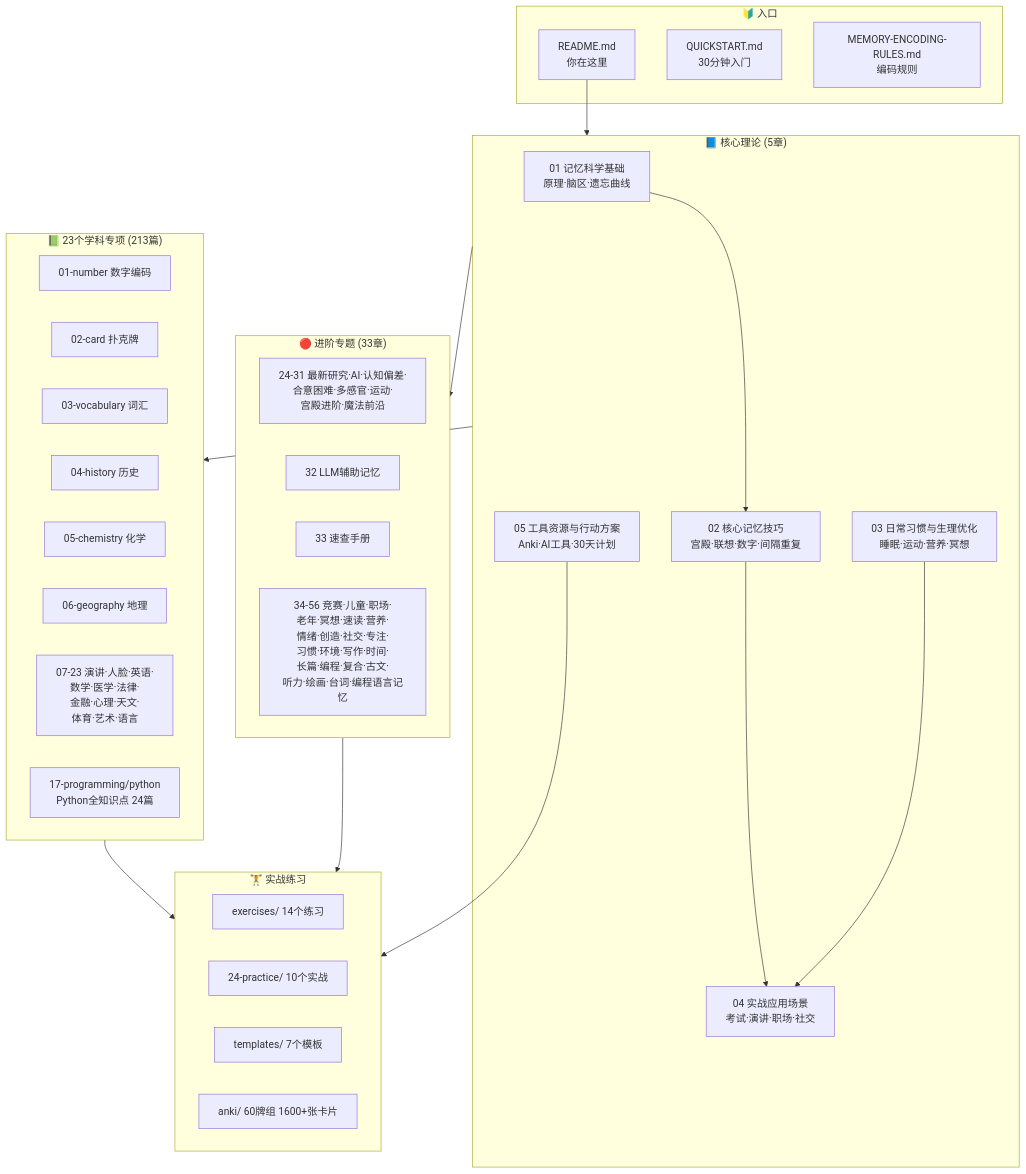
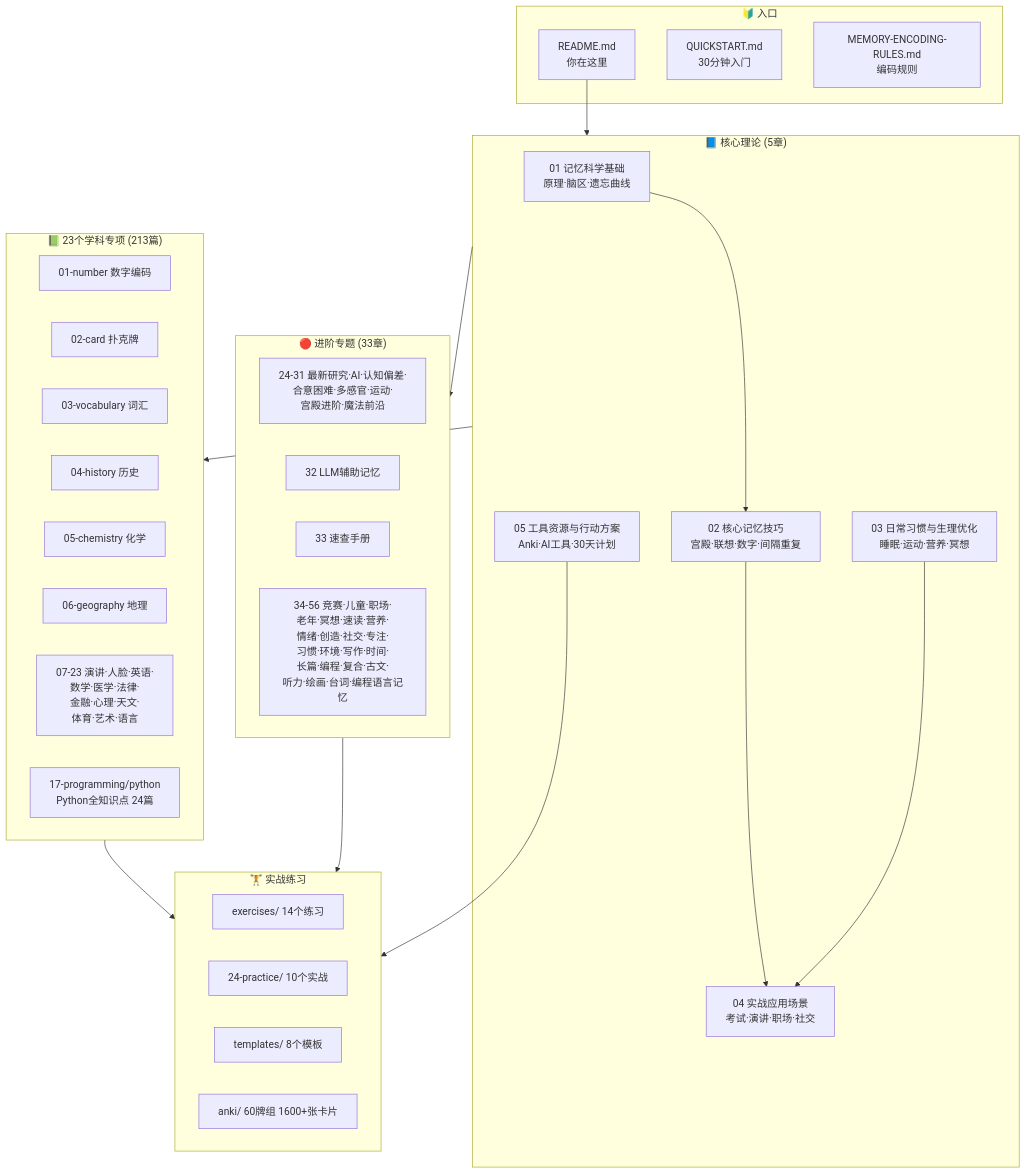
The first of 2 diagrams in README.md (brother2050/memory-guide), drawn with Mermaid before and after one commit. The commit also changed other lines of this file and 2 other files, not shown here.

Commit message:
feat(templates): Python城走城打卡表 - 20分钟走城的记录与排期载体
- templates/Python城走城打卡表.md：走城记录表、23站打卡总表、卡壳修复流水线(M32五步)、SRS回走排期(1/2/7/15/30)
- py-23 §七 挂接打卡表；主README登记（8模板/318md）

````diff
--- a/README.md
+++ b/README.md
@@ -63,52 +63,52 @@
 ```mermaid
 graph TB
     subgraph 入口["🔰 入口"]
         README["README.md\n你在这里"]
         QS["QUICKSTART.md\n30分钟入门"]
         RULES["MEMORY-ENCODING-RULES.md\n编码规则"]
     end
 
     subgraph core["📘 核心理论 (5章)"]
         C01["01 记忆科学基础\n原理·脑区·遗忘曲线"]
         C02["02 核心记忆技巧\n宫殿·联想·数字·间隔重复"]
         C03["03 日常习惯与生理优化\n睡眠·运动·营养·冥想"]
         C04["04 实战应用场景\n考试·演讲·职场·社交"]
         C05["05 工具资源与行动方案\nAnki·AI工具·30天计划"]
     end
 
     subgraph special["📗 23个学科专项 (213篇)"]
         NUM["01-number 数字编码"]
         CARD["02-card 扑克牌"]
         VOCAB["03-vocabulary 词汇"]
         HIST["04-history 历史"]
         CHEM["05-chemistry 化学"]
         GEO["06-geography 地理"]
         MORE["07-23 演讲·人脸·英语·\n数学·医学·法律·\n金融·心理·天文·\n体育·艺术·语言"]
         PYTHON["17-programming/python\nPython全知识点 24篇"]
     end
 
     subgraph advanced["🔴 进阶专题 (33章)"]
         A24["24-31 最新研究·AI·认知偏差·\n合意困难·多感官·运动·\n宫殿进阶·魔法前沿"]
         A32["32 LLM辅助记忆"]
         A33["33 速查手册"]
         A34["34-56 竞赛·儿童·职场·\n老年·冥想·速读·营养·\n情绪·创造·社交·专注·\n习惯·环境·写作·时间·\n长篇·编程·复合·古文·\n听力·绘画·台词·编程语言记忆"]
     end
 
     subgraph practice["🏋️ 实战练习"]
         EX["exercises/ 14个练习"]
         PR["24-practice/ 10个实战"]
-        TM["templates/ 7个模板"]
+        TM["templates/ 8个模板"]
         AN["anki/ 60牌组 1600+张卡片"]
     end
 
     README --> core
     core --> special
     core --> advanced
     special --> practice
     advanced --> practice
 
     C01 --> C02
     C02 --> C04
     C03 --> C04
     C05 --> practice
 ```
````
